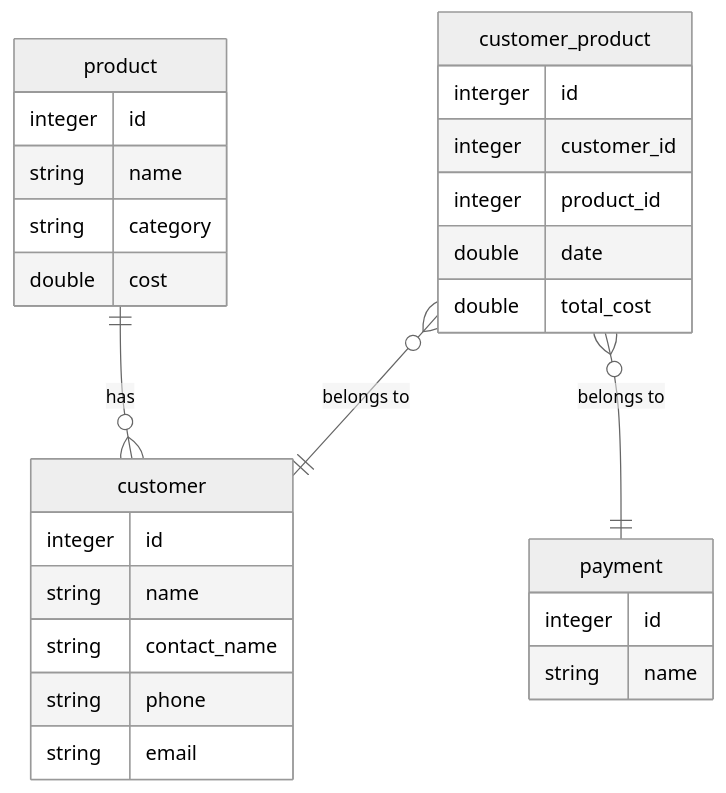
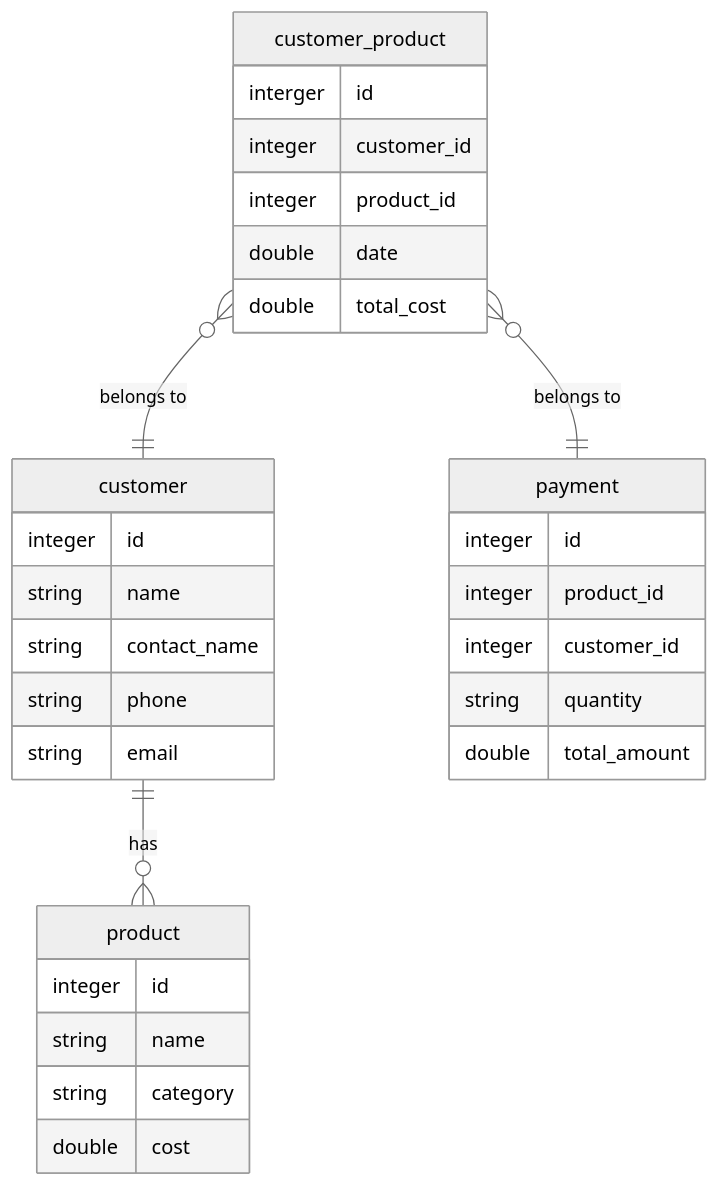
Before and after one commit to kihiukiragu/azani: the diagram in README.md, drawn with Mermaid (neutral theme).

Commit message:
Modify E-R diagram and enhance payment model
Updated E-R diagram in README and added fields to payment.

````diff
--- a/README.md
+++ b/README.md
@@ -5,34 +5,37 @@
 ```mermaid
 erDiagram
-product ||--o{ customer : "has"
+customer ||--o{ product : "has"
 customer_product }o--|| customer : "belongs to"
 customer_product }o--|| payment : "belongs to"
 
 product {
     integer id
     string name    
     string category
     double cost
 }
 
 customer {
     integer id
     string name
     string contact_name
     string phone
     string email
 }
 
 payment {
     integer id
-    string name
+    integer product_id
+    integer customer_id
+    string quantity
+    double total_amount
 }
 
 customer_product {
     interger id
     integer customer_id
     integer product_id
     double date
     double total_cost
 }
 ```
````
